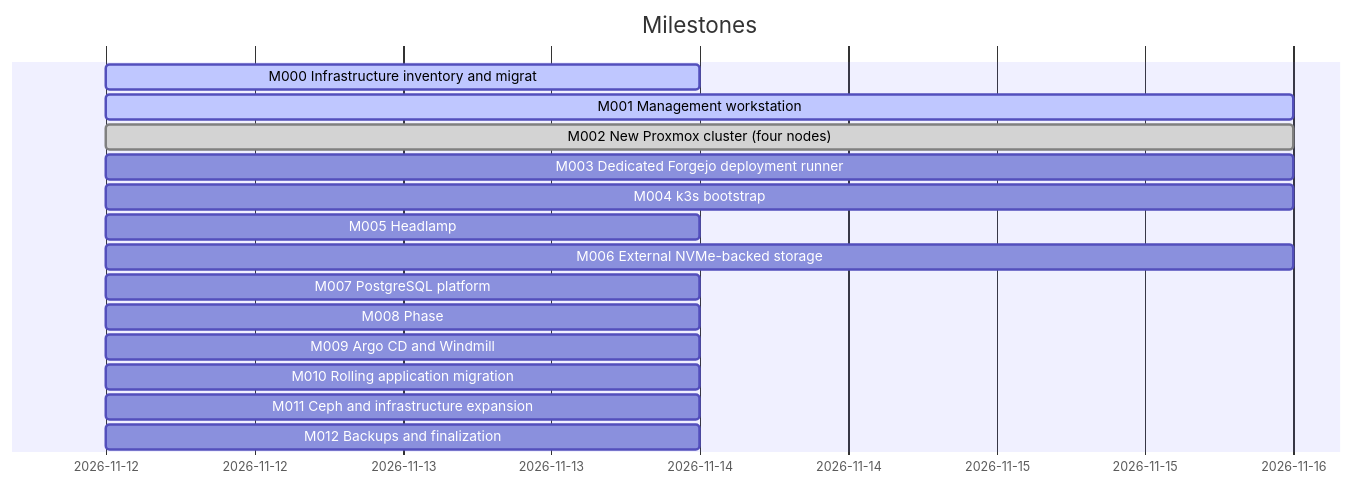
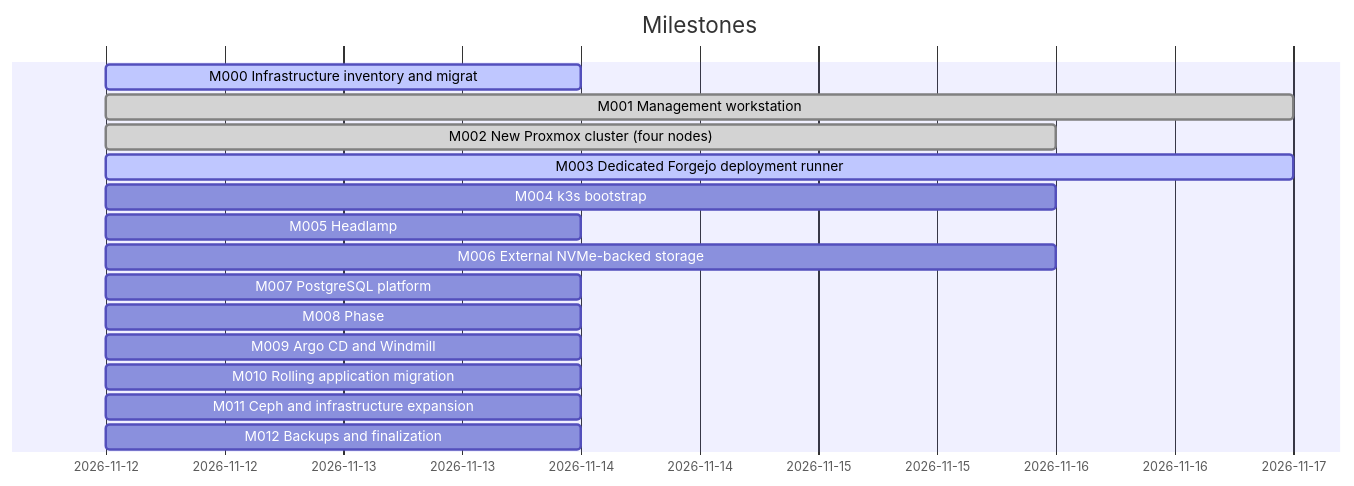
One commit to doku-code/homelab-iac changed the diagram in docs/dashboard.md. Above: the diagram before and after it, drawn with Mermaid. The commit also changed other lines of this file and 8 other files, not shown here.

````diff
--- a/docs/dashboard.md
+++ b/docs/dashboard.md
@@ -35,18 +35,18 @@
 ```mermaid
 gantt
     dateFormat YYYY-MM-DD
     title Milestones
     M000 Infrastructure inventory and migrat :active, m000, 2026-11-12, 2026-11-14
-    M001 Management workstation :active, m001, 2026-11-12, 2026-11-16
+    M001 Management workstation :done, m001, 2026-11-12, 2026-11-17
     M002 New Proxmox cluster (four nodes) :done, m002, 2026-11-12, 2026-11-16
-    M003 Dedicated Forgejo deployment runner :m003, 2026-11-12, 2026-11-16
+    M003 Dedicated Forgejo deployment runner :active, m003, 2026-11-12, 2026-11-17
     M004 k3s bootstrap :m004, 2026-11-12, 2026-11-16
     M005 Headlamp :m005, 2026-11-12, 2026-11-14
     M006 External NVMe-backed storage :m006, 2026-11-12, 2026-11-16
     M007 PostgreSQL platform :m007, 2026-11-12, 2026-11-14
     M008 Phase :m008, 2026-11-12, 2026-11-14
     M009 Argo CD and Windmill :m009, 2026-11-12, 2026-11-14
     M010 Rolling application migration :m010, 2026-11-12, 2026-11-14
     M011 Ceph and infrastructure expansion :m011, 2026-11-12, 2026-11-14
     M012 Backups and finalization :m012, 2026-11-12, 2026-11-14
 ```
````
